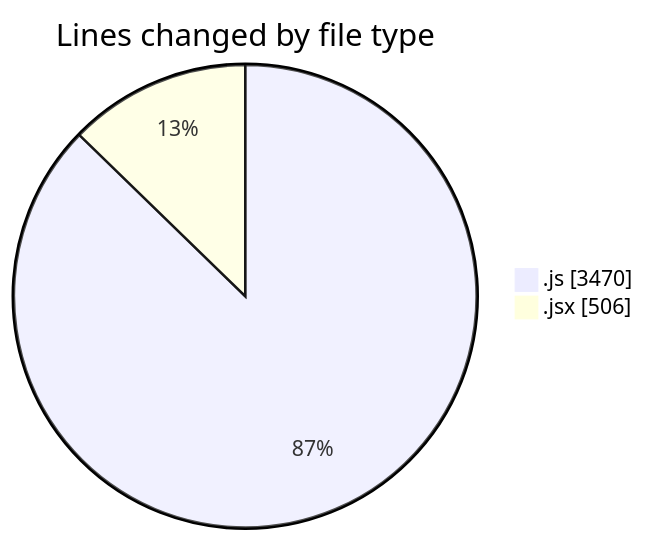
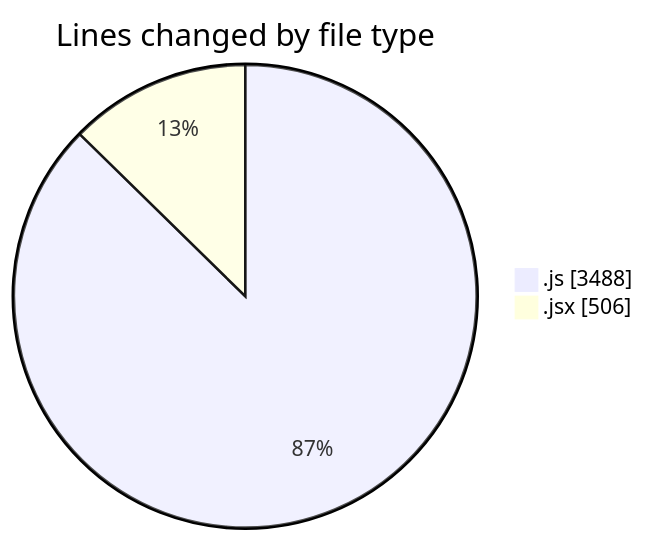
One commit to nxtqubesakshisongat/code-tracking changed the first of 2 diagrams in 2025-07-27/nxtqube_webapp/README.md. Above: the diagram before and after it, drawn with Mermaid. The commit also changed other lines of this file and 1 other file, not shown here.

````diff
--- a/2025-07-27/nxtqube_webapp/README.md
+++ b/2025-07-27/nxtqube_webapp/README.md
@@ -29,6 +29,6 @@
 ```mermaid
 pie showData
 title Lines changed by file type
-".js" : 3470
+".js" : 3488
 ".jsx" : 506
 ```
````
